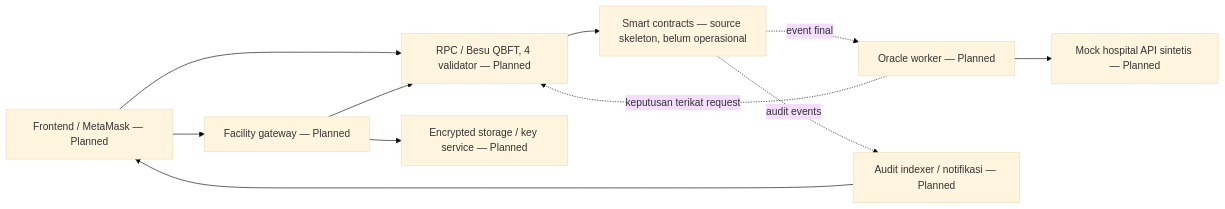
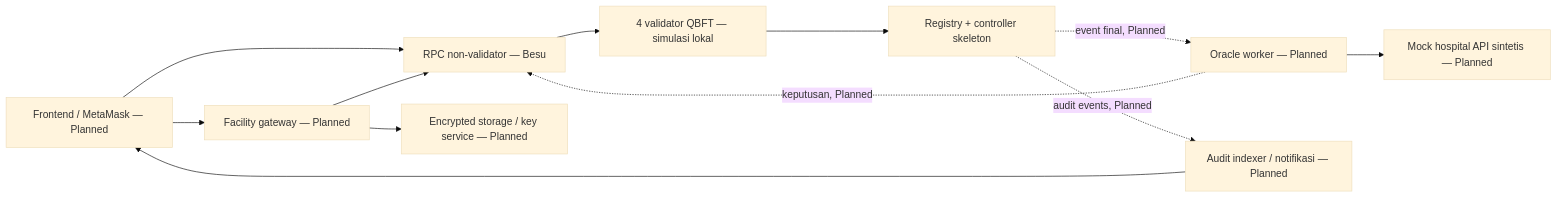
The diagram in docs/architecture.md (doober22/Blockchain-RME-Break-Glass), drawn with Mermaid (base theme) before and after one commit. The commit also changed other lines of this file and 21 other files, not shown here.

Commit message:
feat: implement BESU private chain, smart contract, infrastructure, RPC node and including testing

````diff
--- a/docs/architecture.md
+++ b/docs/architecture.md
@@ -5,13 +5,14 @@
 ```mermaid
 flowchart LR
-    UI["Frontend / MetaMask — Planned"] --> RPC["RPC / Besu QBFT, 4 validator — Planned"]
-    RPC --> SC["Smart contracts — source skeleton, belum operasional"]
-    SC -. "event final" .-> OR["Oracle worker — Planned"]
+    UI["Frontend / MetaMask — Planned"] --> RPC["RPC non-validator — Besu"]
+    RPC --> VAL["4 validator QBFT — simulasi lokal"]
+    VAL --> SC["Registry + controller skeleton"]
+    SC -. "event final, Planned" .-> OR["Oracle worker — Planned"]
     OR --> API["Mock hospital API sintetis — Planned"]
-    OR -. "keputusan terikat request" .-> RPC
+    OR -. "keputusan, Planned" .-> RPC
     UI --> GW["Facility gateway — Planned"]
     GW --> RPC
     GW --> STORE["Encrypted storage / key service — Planned"]
-    SC -. "audit events" .-> IDX["Audit indexer / notifikasi — Planned"]
+    SC -. "audit events, Planned" .-> IDX["Audit indexer / notifikasi — Planned"]
     IDX --> UI
 ```
````
